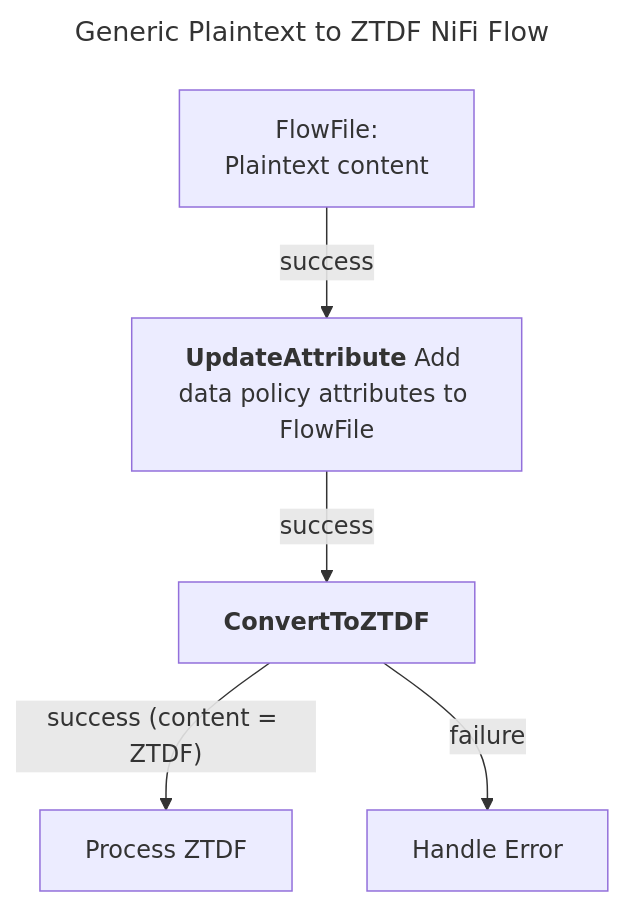
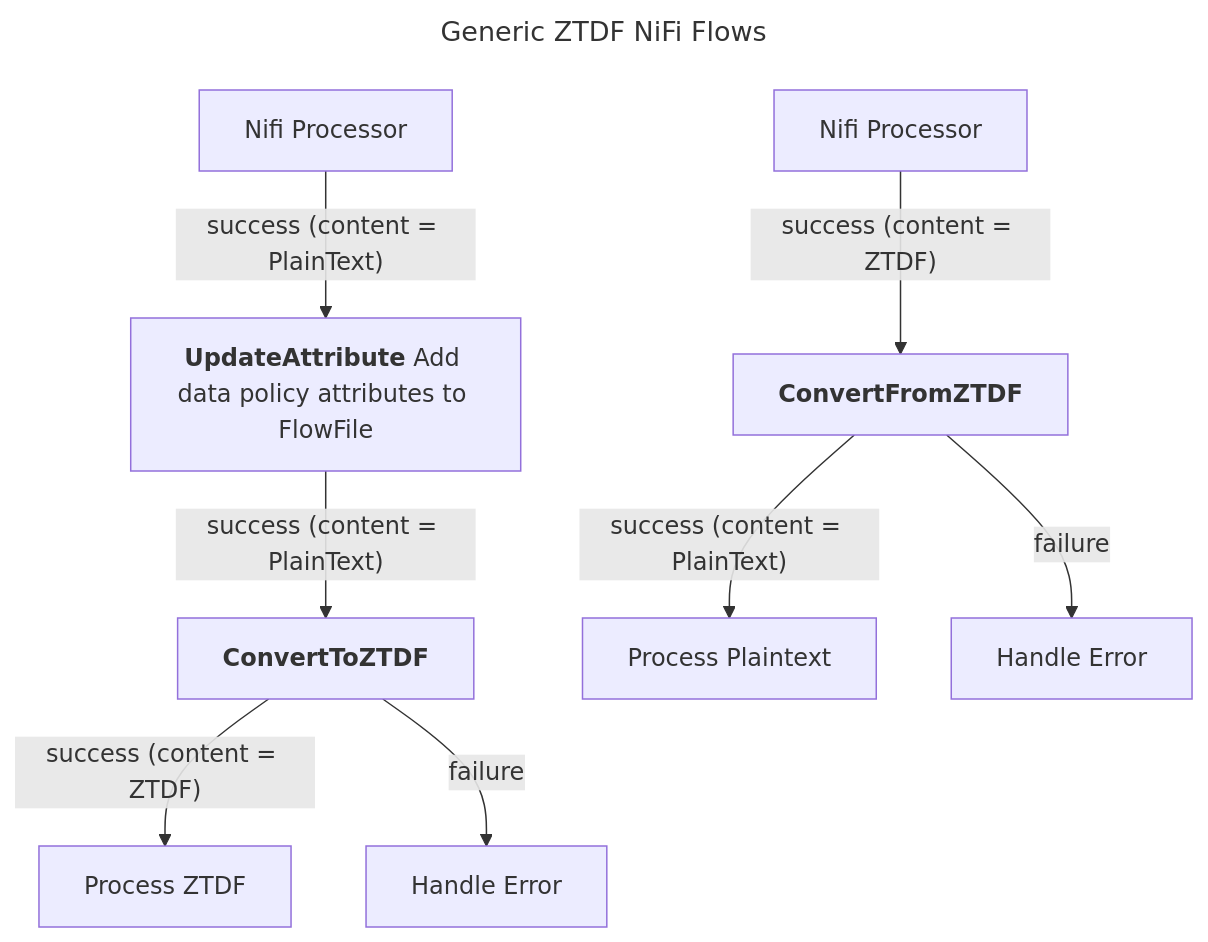
One commit to opentdf/nifi changed the first of 2 diagrams in README.md. Above: the diagram before and after it, drawn with Mermaid. The commit also changed other lines of this file and 12 other files, not shown here.

````diff
--- a/README.md
+++ b/README.md
@@ -14,15 +18,22 @@
 ```mermaid
 ---
-title: Generic Plaintext to ZTDF NiFi Flow
+title: Generic ZTDF NiFi Flows
 ---
 flowchart TD
-   a[FlowFile: \nPlaintext content]
+   a[Nifi Processor]
    b["`**UpdateAttribute**`" Add data policy attributes to FlowFile]
    c["`**ConvertToZTDF**`"]
    d["Process ZTDF"]
    e["Handle Error"]
-   a -- success --> b
-   b -- success --> c
+   f[Nifi Processor]
+   g["`**ConvertFromZTDF**`"]
+   h[Process Plaintext]
+   i[Handle Error]
+   a -- success (content = PlainText) --> b
+   b -- success (content = PlainText) --> c
    c -- success (content = ZTDF) --> d
    c -- failure --> e
+   f -- success (content = ZTDF) --> g
+   g -- success (content = PlainText) --> h
+   g -- failure --> i
 ```
````
